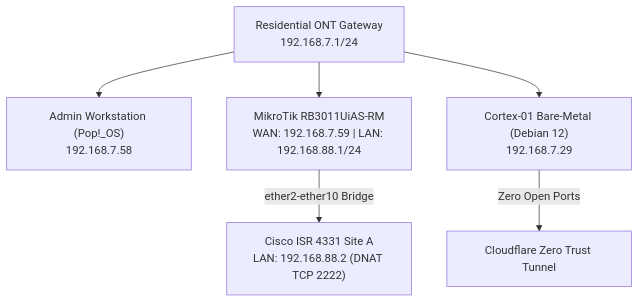
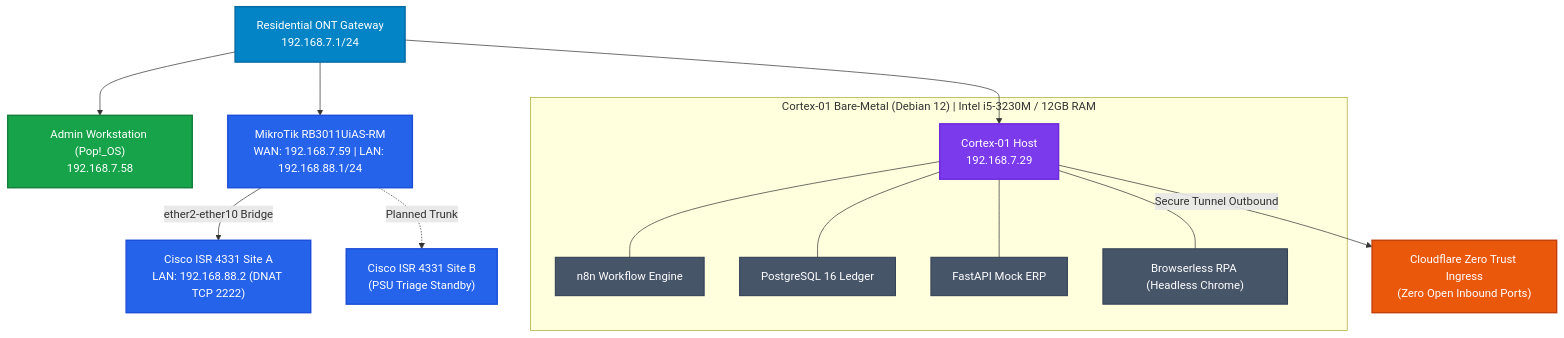
One commit to PhilipeOliveiraS/edge-lab-infrastructure changed the diagram in docs/topology/edge-lab-topology.mermaid. Above: the diagram before and after it, drawn with Mermaid. The commit also changed 4 other files, not shown here.

Commit message:
docs(architecture): enhance topology diagram for dark/light mode, add Browserless RPA, and document Intel i5-3230M dynamic power scaling

```diff
--- a/docs/topology/edge-lab-topology.mermaid
+++ b/docs/topology/edge-lab-topology.mermaid
@@ -1,13 +1,34 @@
 graph TD
-    ONT["Residential ONT Gateway<br/>192.168.7.1/24"]
-    LAPTOP["Admin Workstation (Pop!_OS)<br/>192.168.7.58"]
-    RB["MikroTik RB3011UiAS-RM<br/>WAN: 192.168.7.59 | LAN: 192.168.88.1/24"]
-    CISCO_A["Cisco ISR 4331 Site A<br/>LAN: 192.168.88.2 (DNAT TCP 2222)"]
-    CORTEX["Cortex-01 Bare-Metal (Debian 12)<br/>192.168.7.29"]
-    CF["Cloudflare Zero Trust Tunnel"]
+    classDef wanStyle fill:#0284C7,stroke:#0369A1,stroke-width:2px,color:#FFFFFF;
+    classDef adminStyle fill:#16A34A,stroke:#15803D,stroke-width:2px,color:#FFFFFF;
+    classDef routingStyle fill:#2563EB,stroke:#1D4ED8,stroke-width:2px,color:#FFFFFF;
+    classDef computeStyle fill:#7C3AED,stroke:#6D28D9,stroke-width:2px,color:#FFFFFF;
+    classDef containerStyle fill:#475569,stroke:#334155,stroke-width:1.5px,color:#FFFFFF;
+    classDef ingressStyle fill:#EA580C,stroke:#C2410C,stroke-width:2px,color:#FFFFFF;
+
+    ONT["Residential ONT Gateway<br/>192.168.7.1/24"]:::wanStyle
+    LAPTOP["Admin Workstation (Pop!_OS)<br/>192.168.7.58"]:::adminStyle
+    RB["MikroTik RB3011UiAS-RM<br/>WAN: 192.168.7.59 | LAN: 192.168.88.1/24"]:::routingStyle
+    CISCO_A["Cisco ISR 4331 Site A<br/>LAN: 192.168.88.2 (DNAT TCP 2222)"]:::routingStyle
+    CISCO_B["Cisco ISR 4331 Site B<br/>(PSU Triage Standby)"]:::routingStyle
+    
+    subgraph CORTEX_NODE ["Cortex-01 Bare-Metal (Debian 12) | Intel i5-3230M / 12GB RAM"]
+        CORTEX["Cortex-01 Host<br/>192.168.7.29"]:::computeStyle
+        N8N["n8n Workflow Engine"]:::containerStyle
+        PG["PostgreSQL 16 Ledger"]:::containerStyle
+        ERP["FastAPI Mock ERP"]:::containerStyle
+        BROWSERLESS["Browserless RPA (Headless Chrome)"]:::containerStyle
+        CORTEX --- N8N
+        CORTEX --- PG
+        CORTEX --- ERP
+        CORTEX --- BROWSERLESS
+    end
+
+    CF["Cloudflare Zero Trust Ingress<br/>(Zero Open Inbound Ports)"]:::ingressStyle
 
     ONT --> LAPTOP
     ONT --> RB
     ONT --> CORTEX
     RB -->|ether2-ether10 Bridge| CISCO_A
-    CORTEX -->|Zero Open Ports| CF
+    RB -.->|Planned Trunk| CISCO_B
+    CORTEX -->|Secure Tunnel Outbound| CF
```
